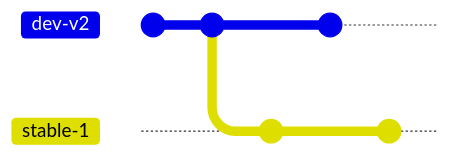
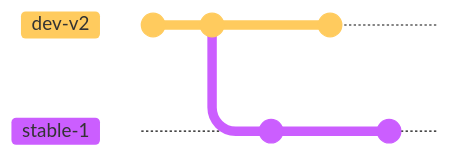
Before and after one commit to tavenel/website: the third of 7 diagrams in src/courses/git/cours.md, drawn with Mermaid. The commit also changed other lines of this file and 4 other files, not shown here. Commit ids are hidden.

Commit message:
css: mermaid style

````diff
--- a/src/courses/git/cours.md
+++ b/src/courses/git/cours.md
@@ -270,12 +270,12 @@
 ```mermaid
-%%{init: { 'theme': 'default', 'gitGraph': {'mainBranchName': 'dev-v2'}} }%%
+%%{init: { 'theme': 'base', 'gitGraph': {'mainBranchName': 'dev-v2'}} }%%
 gitGraph
 commit
 commit
 branch stable-1
 commit
 checkout dev-v2
 commit
 checkout stable-1
 commit
 ```
````
